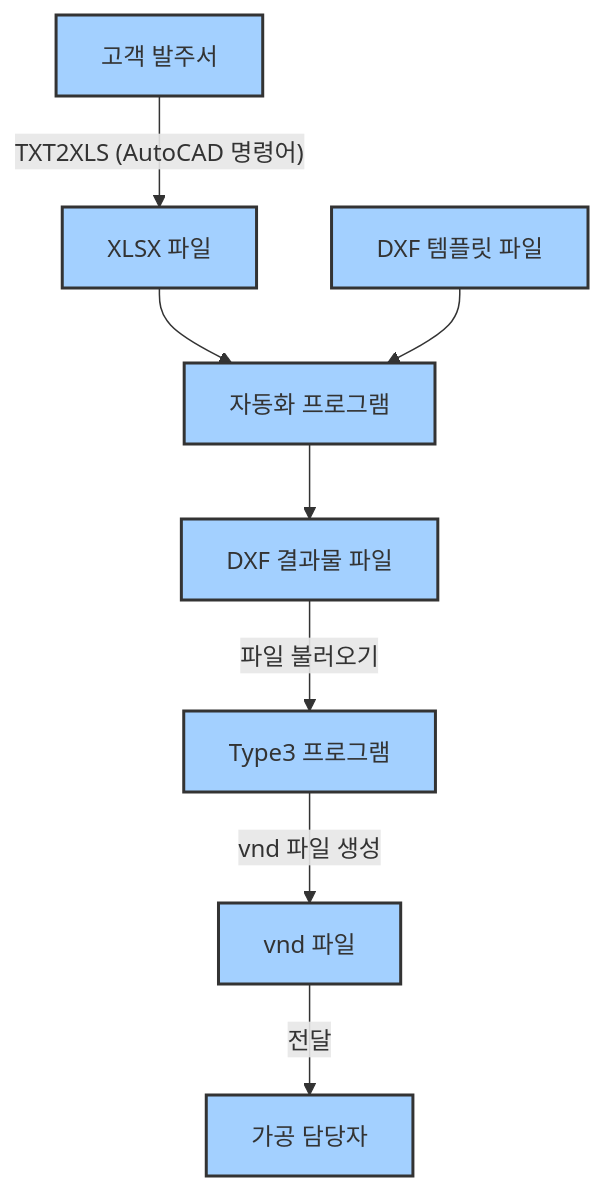
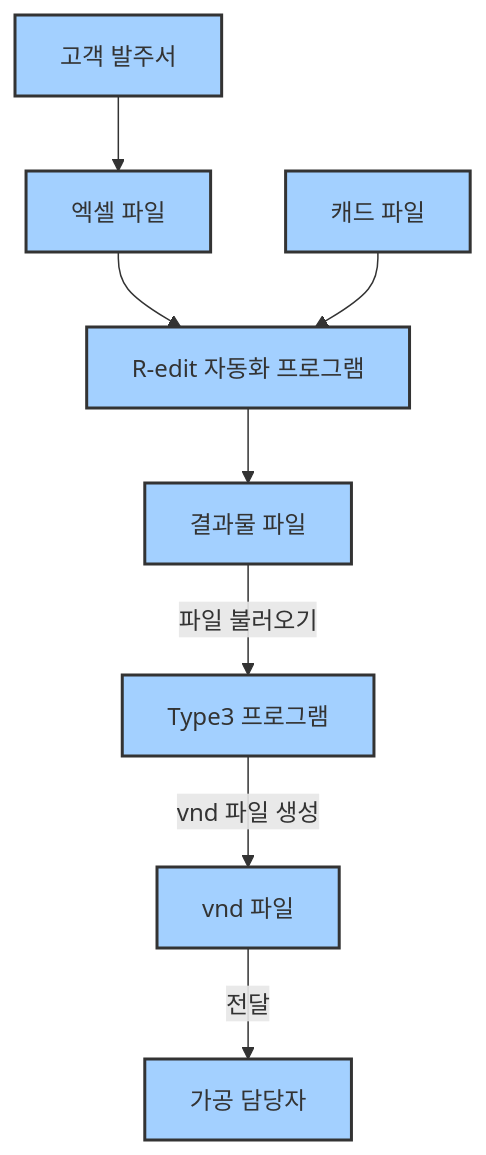
One commit to richwon-company/richwon-company.github.io changed the second of 2 diagrams in docs/education/software/richwon-software/01-extract-text-to-excel.md. Above: the diagram before and after it, drawn with Mermaid. The commit also changed other lines of this file and 40 other files, not shown here.

Commit message:
문서 업데이트: 교육 자료에서 오피스 소프트웨어 및 CAD 소프트웨어 관련 문서를 삭제하고, 명판 자동화 프로그램의 사용법을 추가하여 가독성을 높임. 또한, Docusaurus 설정에서 특정 경로를 제외하도록 구성함.

````diff
--- a/docs/education/software/richwon-software/01-extract-text-to-excel.md
+++ b/docs/education/software/richwon-software/01-extract-text-to-excel.md
@@ -36,13 +36,13 @@
 ```mermaid
 flowchart TD
-    발주서[고객 발주서]-- TXT2XLS (AutoCAD 명령어) -->XLSX파일[XLSX 파일]
-    XLSX파일-->자동화프로그램[자동화 프로그램]
-    DXF템플릿파일[DXF 템플릿 파일]-->자동화프로그램
-    자동화프로그램-->DXF결과물파일[DXF 결과물 파일]
+    발주서[고객 발주서] -->XLSX파일[엑셀 파일]
+    XLSX파일-->자동화프로그램[R-edit 자동화 프로그램]
+    DXF템플릿파일[캐드 파일]-->자동화프로그램
+    자동화프로그램-->DXF결과물파일[결과물 파일]
     DXF결과물파일-- 파일 불러오기 -->Type3[Type3 프로그램]
     Type3-- vnd 파일 생성 -->vnd파일[vnd 파일]
     vnd파일-- 전달 -->가공담당자[가공 담당자]
 
     classDef main fill:#a3d0ff,stroke:#333,stroke-width:2px;
     class 발주서,TXT2XLS,XLSX파일,자동화프로그램,DXF템플릿파일,DXF결과물파일,Type3,vnd파일,가공담당자 main;
 ```
````
